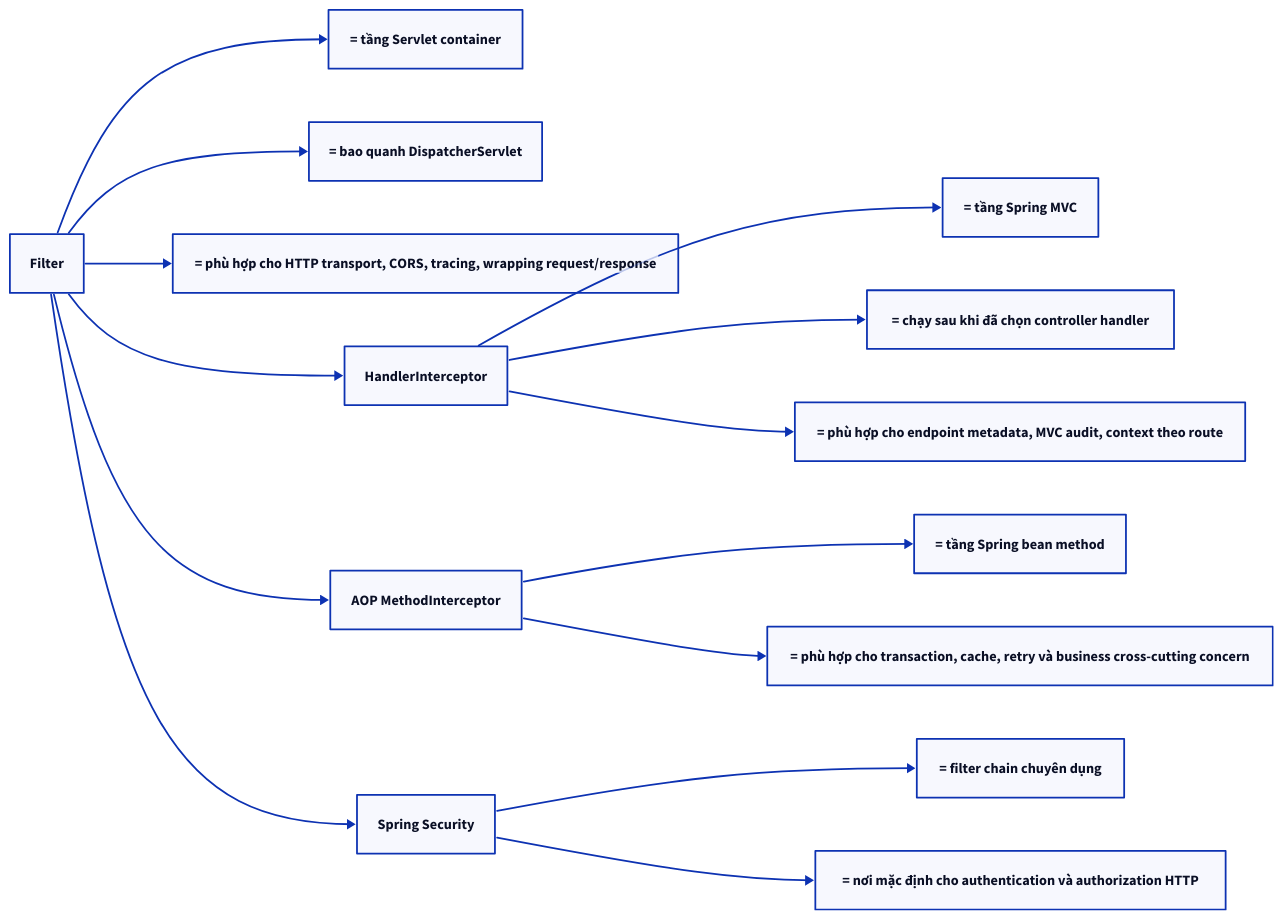
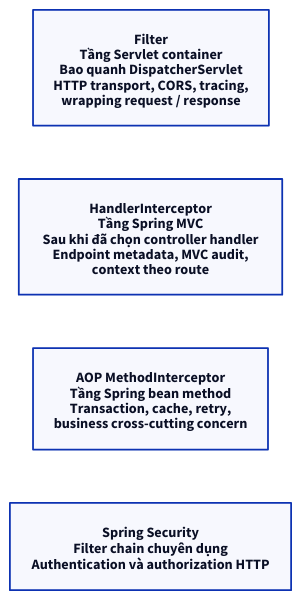
Before and after one commit to vanhiep99w/java-learn: the fifth of 5 diagrams in content/docs/spring/filter-va-interceptor.md, drawn with D2. The commit also changed other lines of this file and 62 other files, not shown here.

Commit message:
feat(docs): upgrade docs-kit and optimize diagram layouts

````diff
--- a/content/docs/spring/filter-va-interceptor.md
+++ b/content/docs/spring/filter-va-interceptor.md
@@ -891,30 +894,7 @@
 ```d2 title="15. Tóm tắt"
 direction: right
-t0: "Filter"
-t1: "= tầng Servlet container"
-t0 -> t1
-t2: "= bao quanh DispatcherServlet"
-t0 -> t2
-t3: "= phù hợp cho HTTP transport, CORS, tracing, wrapping request/response"
-t0 -> t3
-t4: "HandlerInterceptor"
-t0 -> t4
-t5: "= tầng Spring MVC"
-t4 -> t5
-t6: "= chạy sau khi đã chọn controller handler"
-t4 -> t6
-t7: "= phù hợp cho endpoint metadata, MVC audit, context theo route"
-t4 -> t7
-t8: "AOP MethodInterceptor"
-t0 -> t8
-t9: "= tầng Spring bean method"
-t8 -> t9
-t10: "= phù hợp cho transaction, cache, retry và business cross-cutting concern"
-t8 -> t10
-t11: "Spring Security"
-t0 -> t11
-t12: "= filter chain chuyên dụng"
-t11 -> t12
-t13: "= nơi mặc định cho authentication và authorization HTTP"
-t11 -> t13
+filter: "Filter\nTầng Servlet container\nBao quanh DispatcherServlet\nHTTP transport, CORS, tracing,\nwrapping request / response"
+interceptor: "HandlerInterceptor\nTầng Spring MVC\nSau khi đã chọn controller handler\nEndpoint metadata, MVC audit,\ncontext theo route"
+aop: "AOP MethodInterceptor\nTầng Spring bean method\nTransaction, cache, retry,\nbusiness cross-cutting concern"
+security: "Spring Security\nFilter chain chuyên dụng\nAuthentication và authorization HTTP"
 ```
````
